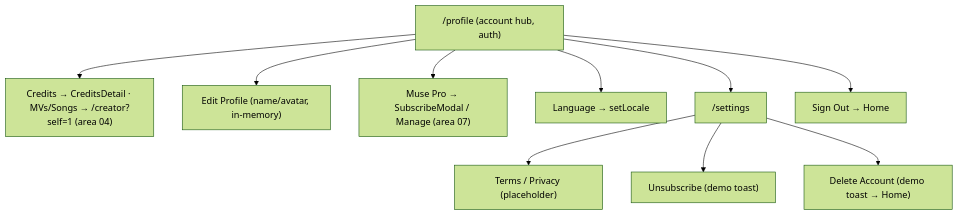
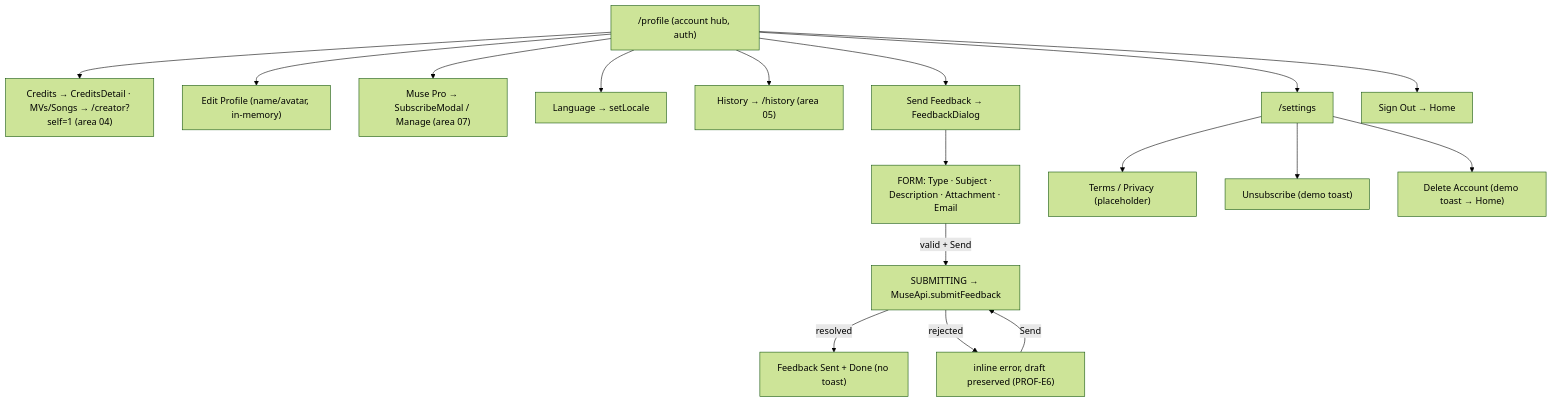
Before and after one commit to pft-JasonChen/musemv-ai: the diagram in web-app/specs/areas/06-profile-account.md, drawn with Mermaid (forest theme). The commit also changed other lines of this file and 14 other files, not shown here.

Commit message:
update Feedback form

````diff
--- a/web-app/specs/areas/06-profile-account.md
+++ b/web-app/specs/areas/06-profile-account.md
@@ -144,12 +290,19 @@
 ```mermaid
 flowchart TD
   Profile["/profile (account hub, auth)"] --> Tiles["Credits → CreditsDetail · MVs/Songs → /creator?self=1 (area 04)"]
   Profile --> Edit["Edit Profile (name/avatar, in-memory)"]
   Profile --> Pro["Muse Pro → SubscribeModal / Manage (area 07)"]
   Profile --> Lang["Language → setLocale"]
+  Profile --> Hist["History → /history (area 05)"]
+  Profile --> FB["Send Feedback → FeedbackDialog"]
+  FB --> FBForm["FORM: Type · Subject · Description · Attachment · Email"]
+  FBForm -->|"valid + Send"| FBSend["SUBMITTING → MuseApi.submitFeedback"]
+  FBSend -->|resolved| FBOk["Feedback Sent + Done (no toast)"]
+  FBSend -->|rejected| FBErr["inline error, draft preserved (PROF-E6)"]
+  FBErr -->|Send| FBSend
   Profile --> Settings["/settings"]
   Profile --> Out["Sign Out → Home"]
   Settings --> Legal["Terms / Privacy (placeholder)"]
   Settings --> Unsub["Unsubscribe (demo toast)"]
   Settings --> Del["Delete Account (demo toast → Home)"]
 ```
````
